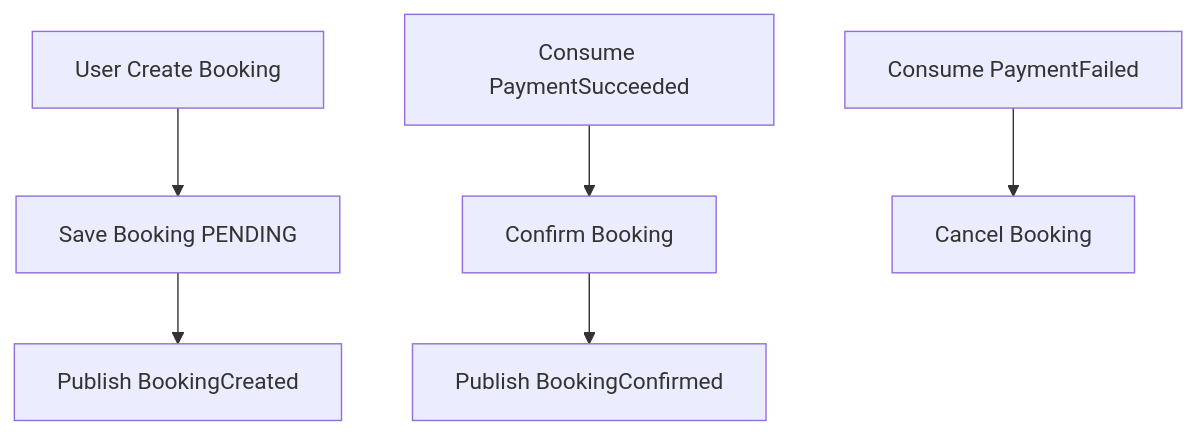
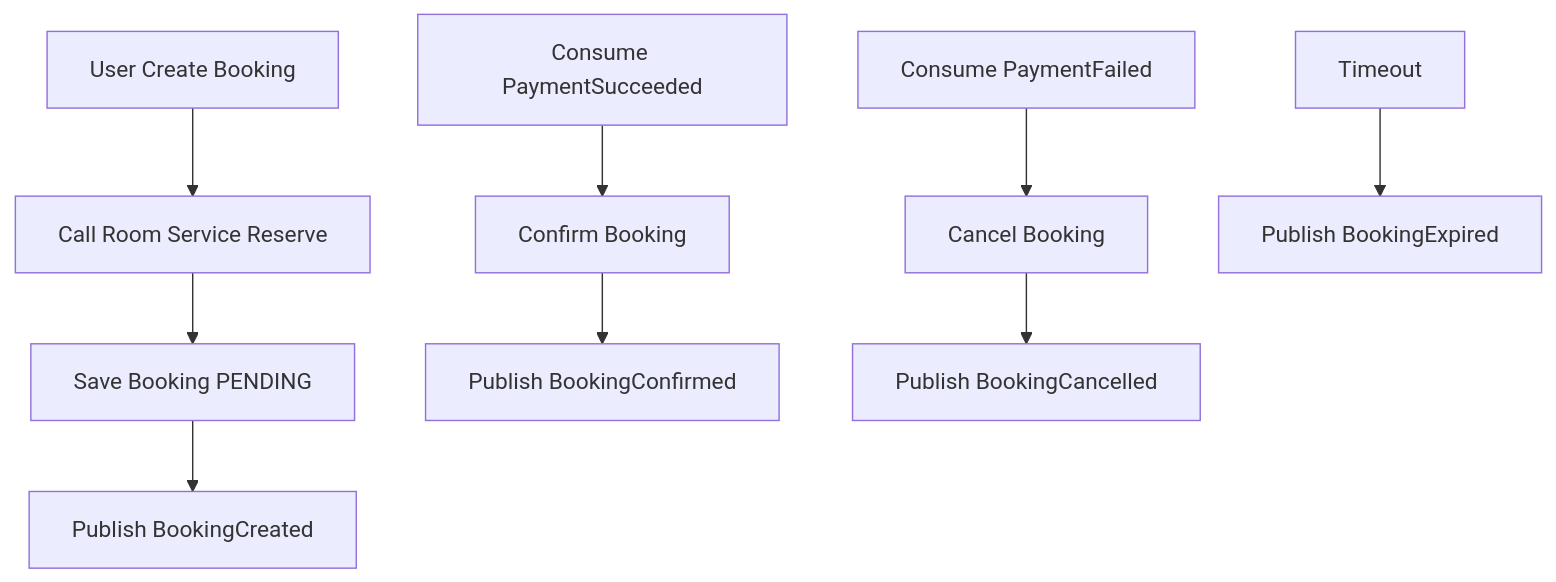
The third of 6 diagrams in analysis-and-design-ddd.md (bangit14/WebBanHang-Project), drawn with Mermaid before and after one commit. The commit also changed other lines of this file, not shown here.

````diff
--- a/analysis-and-design-ddd.md
+++ b/analysis-and-design-ddd.md
@@ -185,10 +196,14 @@
 ```mermaid
 flowchart TD
-    A[User Create Booking] --> B[Save Booking PENDING]
-    B --> C[Publish BookingCreated]
+    A[User Create Booking] --> B[Call Room Service Reserve]
+    B --> C[Save Booking PENDING]
+    C --> D[Publish BookingCreated]
 
-    D[Consume PaymentSucceeded] --> E[Confirm Booking]
-    E --> F[Publish BookingConfirmed]
+    E[Consume PaymentSucceeded] --> F[Confirm Booking]
+    F --> G[Publish BookingConfirmed]
 
-    G[Consume PaymentFailed] --> H[Cancel Booking]
+    H[Consume PaymentFailed] --> I[Cancel Booking]
+    I --> J[Publish BookingCancelled]
+
+    K[Timeout] --> L[Publish BookingExpired]
 ```
````
